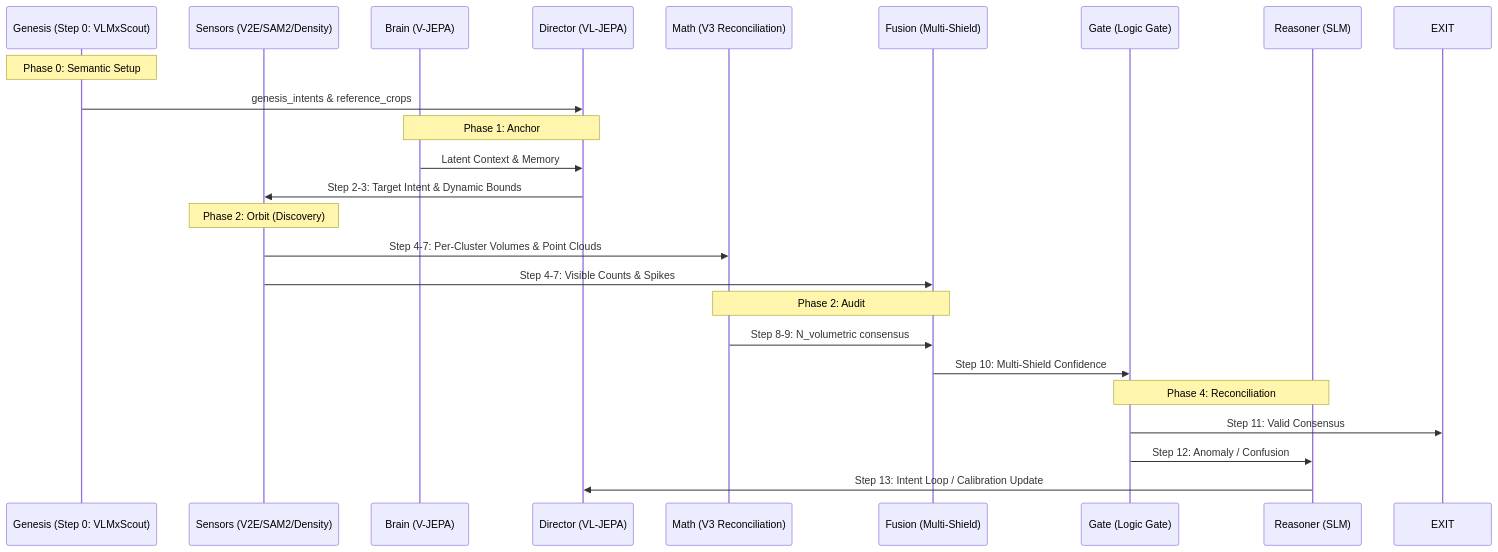
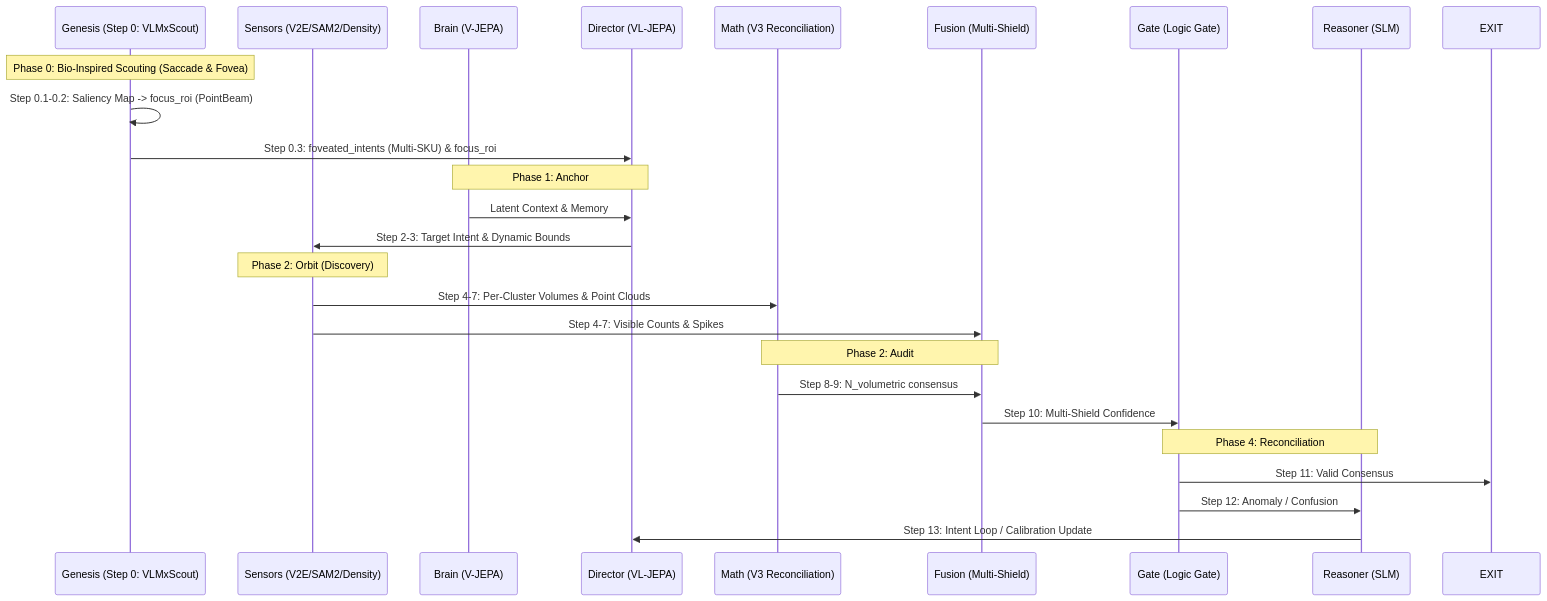
Before and after one commit to Yonnnnnnnnn/numeri-vjepa-experiment: the diagram in Data_Flow_Diagram.md, drawn with Mermaid. The commit also changed 6 other files, not shown here.

Commit message:
docs: update Technical Docs for Bio-Inspired Scouting (v4.1)

````diff
--- a/Data_Flow_Diagram.md
+++ b/Data_Flow_Diagram.md
@@ -24,31 +24,32 @@
 ```mermaid
 sequenceDiagram
     participant G as Genesis (Step 0: VLMxScout)
     participant S as Sensors (V2E/SAM2/Density)
     participant B as Brain (V-JEPA)
     participant D as Director (VL-JEPA)
     participant M as Math (V3 Reconciliation)
     participant F as Fusion (Multi-Shield)
     participant LG as Gate (Logic Gate)
     participant R as Reasoner (SLM)
 
-    Note over G: Phase 0: Semantic Setup
-    G->>D: genesis_intents & reference_crops
+    Note over G: Phase 0: Bio-Inspired Scouting (Saccade & Fovea)
+    G->>G: Step 0.1-0.2: Saliency Map -> focus_roi (PointBeam)
+    G->>D: Step 0.3: foveated_intents (Multi-SKU) & focus_roi
 
     Note over B,D: Phase 1: Anchor
     B->>D: Latent Context & Memory
     D->>S: Step 2-3: Target Intent & Dynamic Bounds
 
     Note over S: Phase 2: Orbit (Discovery)
     S->>M: Step 4-7: Per-Cluster Volumes & Point Clouds
     S->>F: Step 4-7: Visible Counts & Spikes
 
     Note over M,F: Phase 2: Audit
     M->>F: Step 8-9: N_volumetric consensus
     F->>LG: Step 10: Multi-Shield Confidence
 
     Note over LG,R: Phase 4: Reconciliation
     LG->>EXIT: Step 11: Valid Consensus
     LG->>R: Step 12: Anomaly / Confusion
     R->>D: Step 13: Intent Loop / Calibration Update
 ```
````
